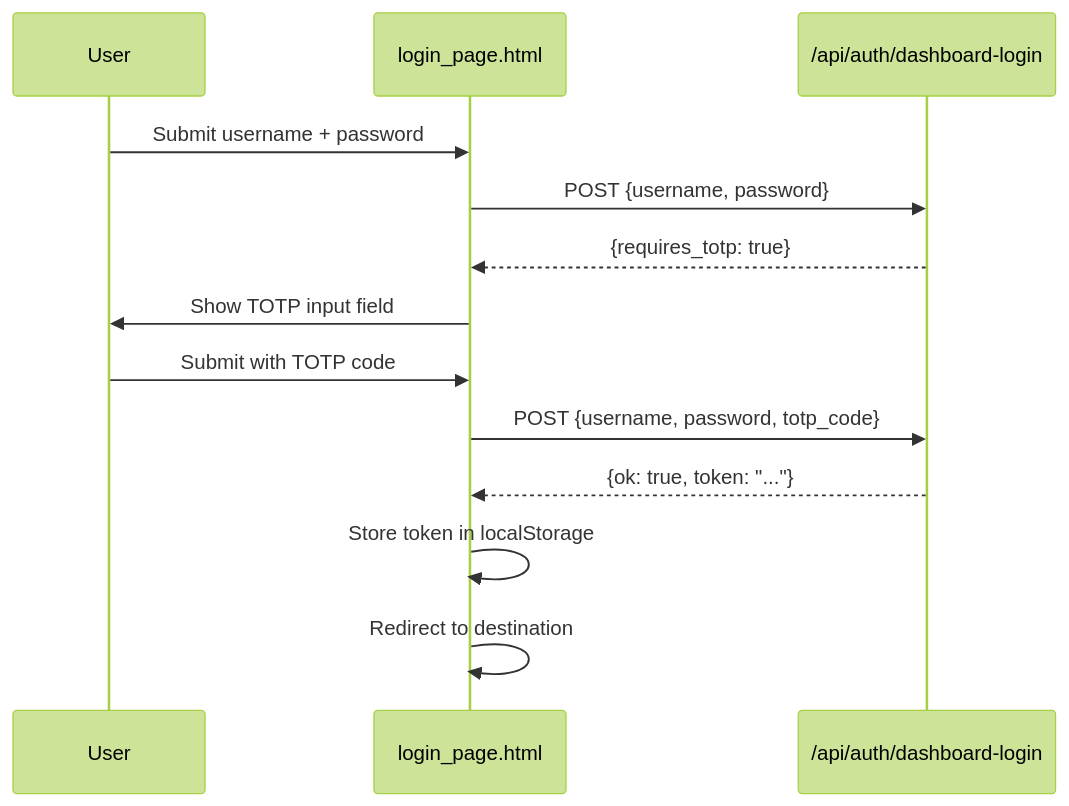
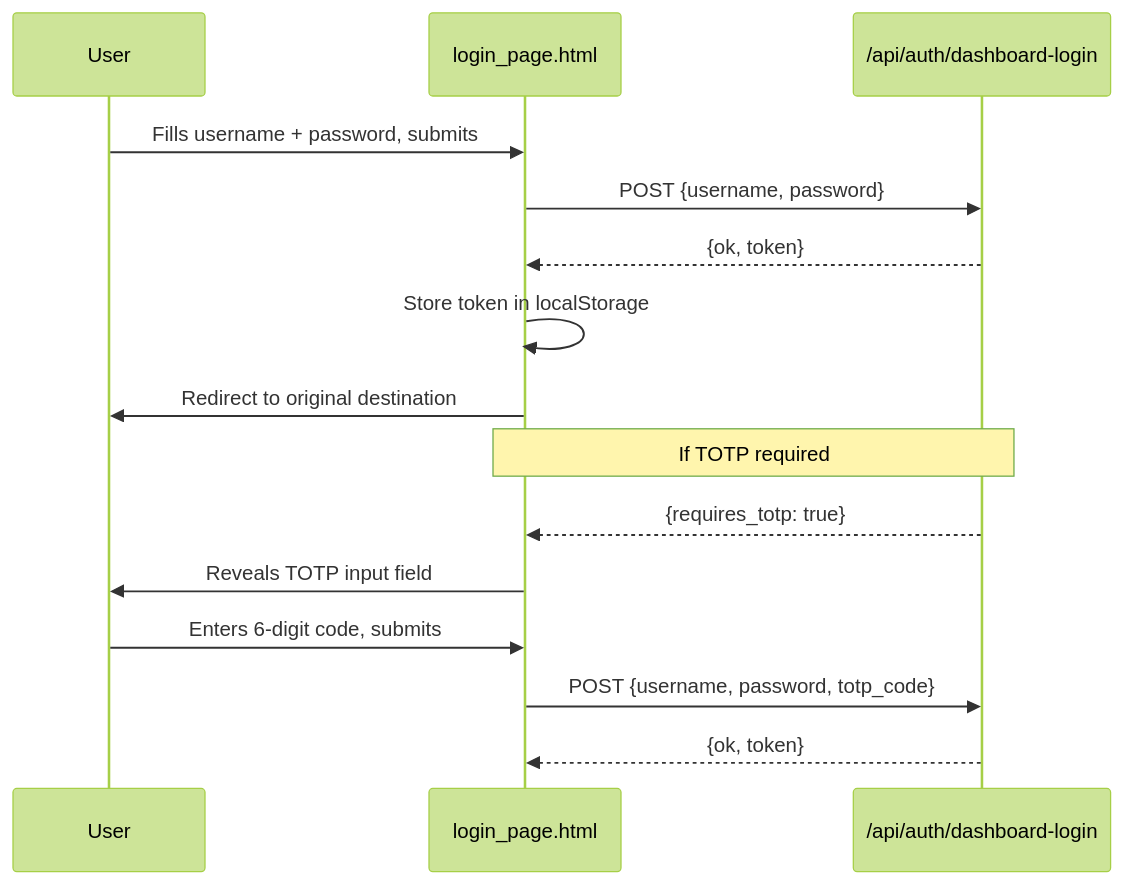
Before and after one commit to leszek3737/librefang-WIki: the diagram in other-librefang-api-src.md, drawn with Mermaid (forest theme). The commit also changed other lines of this file and 100 other files, not shown here.

````diff
--- a/other-librefang-api-src.md
+++ b/other-librefang-api-src.md
@@ -15,16 +15,19 @@
 ```mermaid
 sequenceDiagram
     participant User
     participant Page as login_page.html
     participant API as /api/auth/dashboard-login
 
-    User->>Page: Submit username + password
+    User->>Page: Fills username + password, submits
     Page->>API: POST {username, password}
+    API-->>Page: {ok, token}
+    Page->>Page: Store token in localStorage
+    Page->>User: Redirect to original destination
+
+    Note over Page,API: If TOTP required
     API-->>Page: {requires_totp: true}
-    Page->>User: Show TOTP input field
-    User->>Page: Submit with TOTP code
+    Page->>User: Reveals TOTP input field
+    User->>Page: Enters 6-digit code, submits
     Page->>API: POST {username, password, totp_code}
-    API-->>Page: {ok: true, token: "..."}
-    Page->>Page: Store token in localStorage
-    Page->>Page: Redirect to destination
+    API-->>Page: {ok, token}
 ```
````
